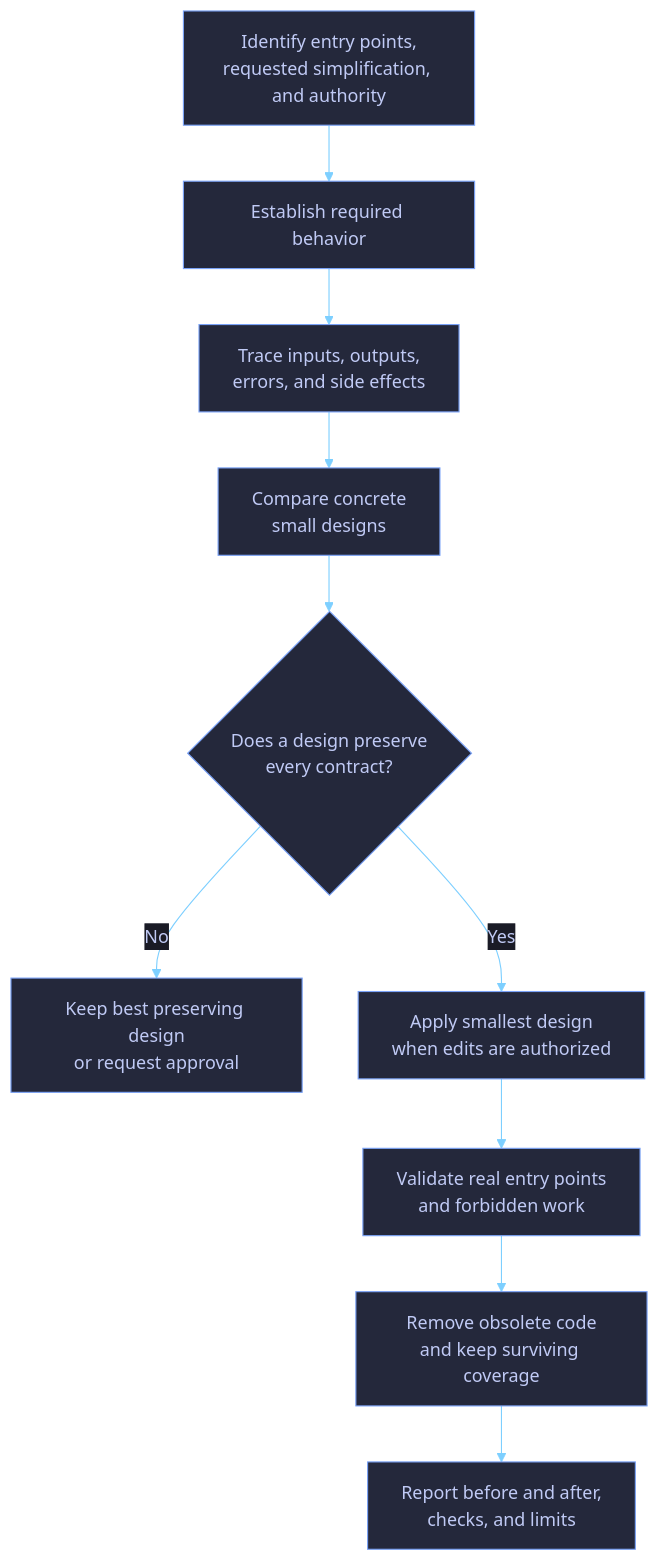
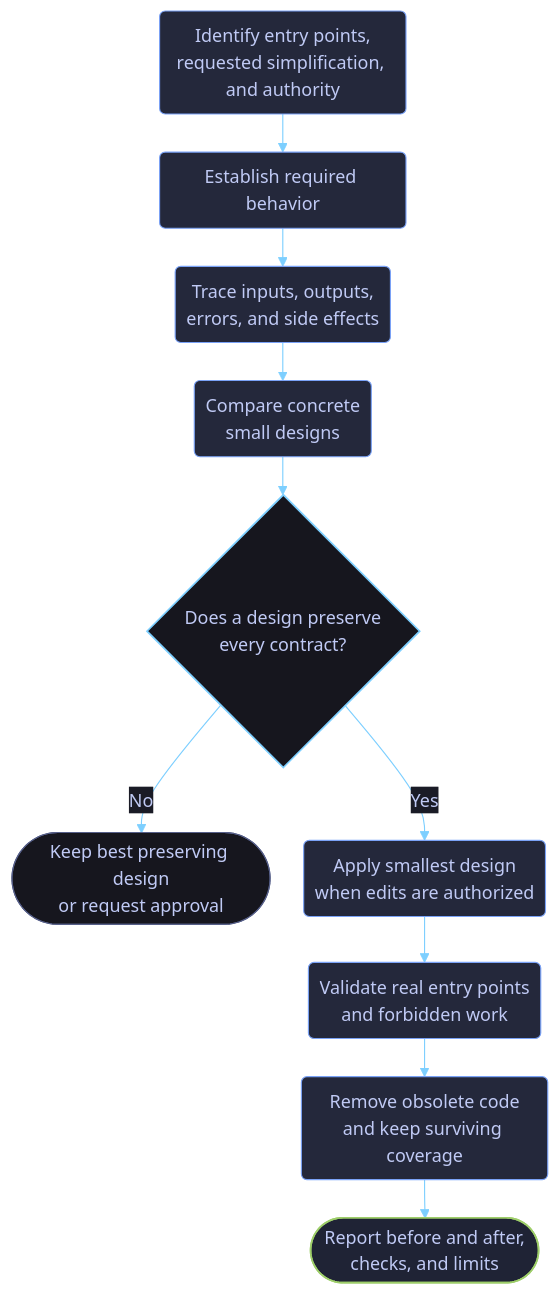
Before and after one commit to dvo-dev/copilot-guidance: the first of 2 diagrams in docs/skill-workflows/surgical-refactoring.md, drawn with Mermaid. The commit also changed other lines of this file and 10 other files, not shown here.

Commit message:
Polish workflow diagrams and stable links

````diff
--- a/docs/skill-workflows/surgical-refactoring.md
+++ b/docs/skill-workflows/surgical-refactoring.md
@@ -15,13 +15,22 @@
 ```mermaid
-%%{init: {"theme":"base","themeVariables":{"background":"#1a1b26","primaryColor":"#24283b","primaryTextColor":"#c0caf5","primaryBorderColor":"#7aa2f7","secondaryColor":"#1f2335","secondaryTextColor":"#c0caf5","secondaryBorderColor":"#bb9af7","tertiaryColor":"#16161e","tertiaryTextColor":"#c0caf5","tertiaryBorderColor":"#7dcfff","lineColor":"#7dcfff","textColor":"#c0caf5","mainBkg":"#24283b","nodeBorder":"#7aa2f7","clusterBkg":"#16161e","clusterBorder":"#565f89","defaultLinkColor":"#7dcfff","edgeLabelBackground":"#1a1b26","titleColor":"#bb9af7","fontFamily":"ui-monospace, SFMono-Regular, Menlo, Monaco, Consolas, Liberation Mono, monospace"},"flowchart":{"curve":"basis","htmlLabels":true}}}%%
+%%{init: {"theme":"base","themeVariables":{"background":"#1a1b26","primaryColor":"#24283b","primaryTextColor":"#c0caf5","primaryBorderColor":"#7aa2f7","secondaryColor":"#1f2335","secondaryTextColor":"#c0caf5","secondaryBorderColor":"#bb9af7","tertiaryColor":"#16161e","tertiaryTextColor":"#c0caf5","tertiaryBorderColor":"#7dcfff","lineColor":"#7dcfff","textColor":"#c0caf5","mainBkg":"#24283b","nodeBorder":"#7aa2f7","clusterBkg":"#16161e","clusterBorder":"#565f89","defaultLinkColor":"#7dcfff","edgeLabelBackground":"#1a1b26","titleColor":"#bb9af7","fontFamily":"ui-monospace, SFMono-Regular, Menlo, Monaco, Consolas, Liberation Mono, monospace"},"flowchart":{"curve":"basis","htmlLabels":true,"nodeSpacing":30,"rankSpacing":34,"padding":10}}}%%
 flowchart TD
-    A["Identify entry points,<br/>requested simplification, and authority"] --> B["Establish required behavior"]
-    B --> C["Trace inputs, outputs,<br/>errors, and side effects"]
-    C --> D["Compare concrete<br/>small designs"]
+    A("Identify entry points,<br/>requested simplification, and authority") --> B("Establish required behavior")
+    B --> C("Trace inputs, outputs,<br/>errors, and side effects")
+    C --> D("Compare concrete<br/>small designs")
     D --> E{"Does a design preserve<br/>every contract?"}
-    E -->|No| F["Keep best preserving design<br/>or request approval"]
-    E -->|Yes| G["Apply smallest design<br/>when edits are authorized"]
-    G --> H["Validate real entry points<br/>and forbidden work"]
-    H --> I["Remove obsolete code<br/>and keep surviving coverage"]
-    I --> J["Report before and after,<br/>checks, and limits"]
+    E -->|No| F(["Keep best preserving design<br/>or request approval"])
+    E -->|Yes| G("Apply smallest design<br/>when edits are authorized")
+    G --> H("Validate real entry points<br/>and forbidden work")
+    H --> I("Remove obsolete code<br/>and keep surviving coverage")
+    I --> J(["Report before and after,<br/>checks, and limits"])
+
+    classDef stage fill:#24283b,stroke:#7aa2f7,stroke-width:1px,color:#c0caf5;
+    classDef outcome fill:#1f2335,stroke:#9ece6a,stroke-width:1.5px,color:#c0caf5;
+    classDef terminal fill:#16161e,stroke:#565f89,stroke-width:1px,color:#c0caf5;
+    classDef decision fill:#16161e,stroke:#7dcfff,stroke-width:1.5px,color:#c0caf5;
+    class A,B,C,D,G,H,I stage;
+    class J outcome;
+    class F terminal;
+    class E decision;
 ```
````
